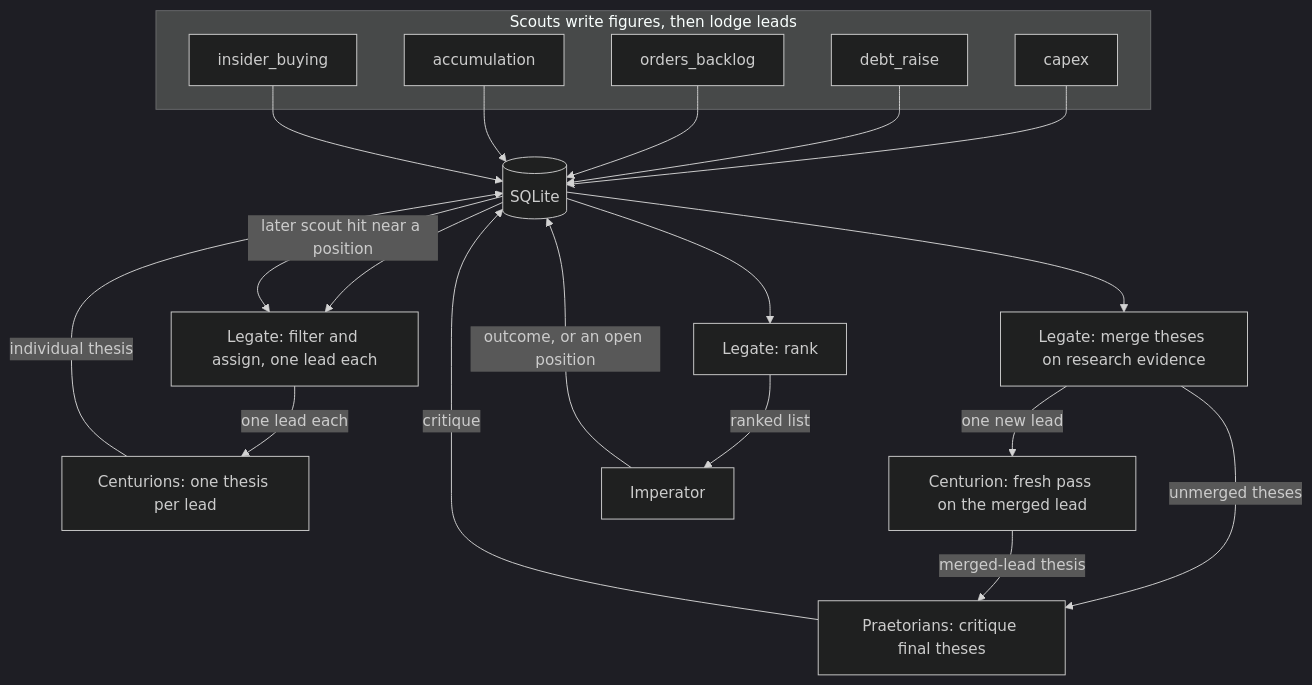
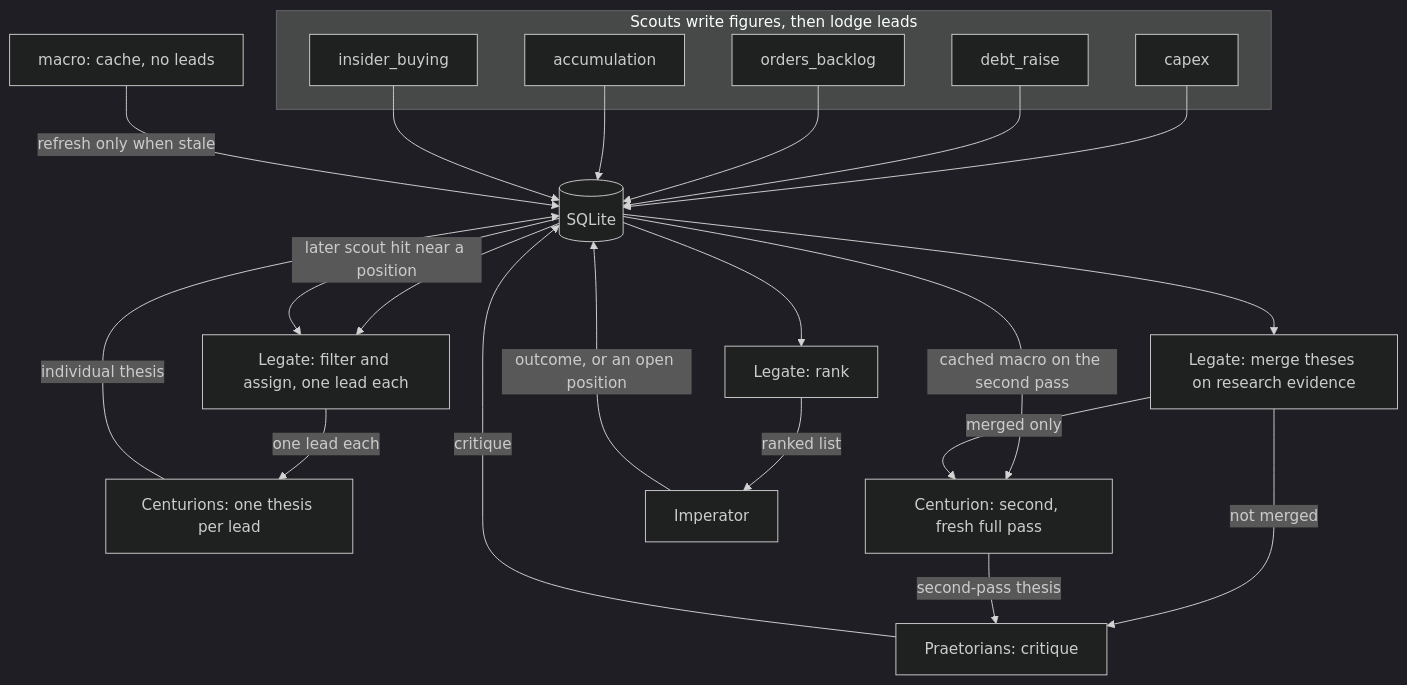
One commit to Nodemana/cause-n-effect changed the diagram in docs/pipeline-architecture.md. Above: the diagram before and after it, drawn with Mermaid (dark theme). The commit also changed other lines of this file and 10 other files, not shown here.

First line of the commit message:
Send only merged findings back for a second thesis pass (#13)

````diff
--- a/docs/pipeline-architecture.md
+++ b/docs/pipeline-architecture.md
@@ -15,36 +15,39 @@
 ```mermaid
 flowchart TD
   subgraph scouts [Scouts write figures, then lodge leads]
     CAP[capex]
     DEBT[debt_raise]
     ORD[orders_backlog]
     ACC[accumulation]
     INS[insider_buying]
   end
+  MAC[macro: cache, no leads]
   DB[(SQLite)]
   ASSIGN[Legate: filter and assign, one lead each]
   CEN1[Centurions: one thesis per lead]
   MERGE[Legate: merge theses on research evidence]
-  CEN2[Centurion: fresh pass on the merged lead]
-  PRA[Praetorians: critique final theses]
+  CEN2[Centurion: second, fresh full pass]
+  PRA[Praetorians: critique]
   RANK[Legate: rank]
   IMP[Imperator]
 
   CAP --> DB
   DEBT --> DB
   ORD --> DB
   ACC --> DB
   INS --> DB
+  MAC -->|refresh only when stale| DB
+  DB -->|cached macro on the second pass| CEN2
   DB --> ASSIGN
   ASSIGN -->|one lead each| CEN1
   CEN1 -->|individual thesis| DB
   DB --> MERGE
-  MERGE -->|one new lead| CEN2
-  MERGE -->|unmerged theses| PRA
-  CEN2 -->|merged-lead thesis| PRA
+  MERGE -->|merged only| CEN2
+  MERGE -->|not merged| PRA
+  CEN2 -->|second-pass thesis| PRA
   PRA -->|critique| DB
   DB --> RANK
   RANK -->|ranked list| IMP
   IMP -->|outcome, or an open position| DB
   DB -->|later scout hit near a position| ASSIGN
 ```
````
